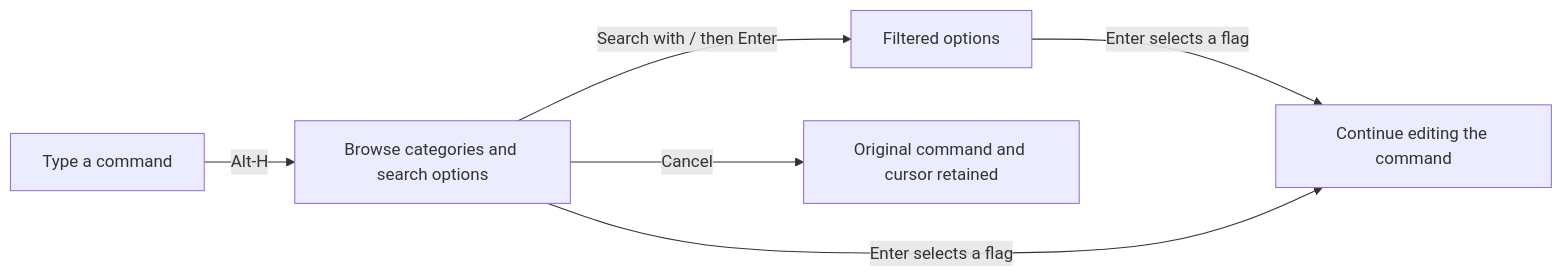
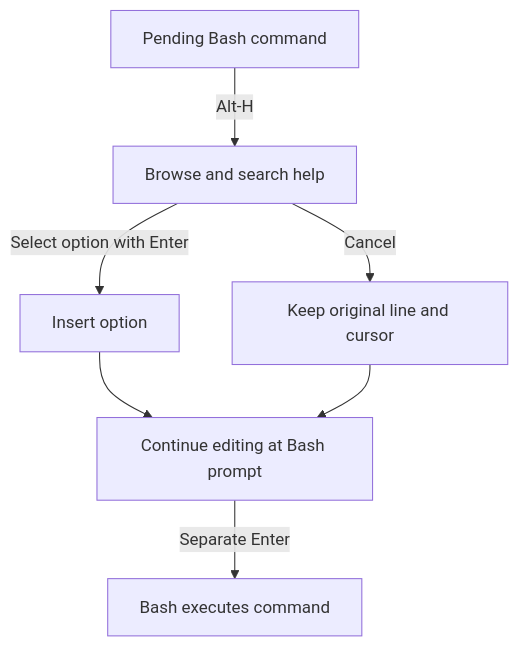
One commit to Usrnmna/CLI-InteractiveHelpMenu changed the diagram in README.md. Above: the diagram before and after it, drawn with Mermaid. The commit also changed other lines of this file and 17 other files, not shown here.

````diff
--- a/README.md
+++ b/README.md
@@ -38,8 +116,9 @@
 ```mermaid
-flowchart LR
-    A[Type a command] -->|Alt-H| B[Browse categories and search options]
-    B -->|Search with / then Enter| F[Filtered options]
-    F -->|Enter selects a flag| C[Continue editing the command]
-    B -->|Enter selects a flag| C
-    B -->|Cancel| D[Original command and cursor retained]
+flowchart TD
+    A[Pending Bash command] -->|Alt-H| B[Browse and search help]
+    B -->|Select option with Enter| C[Insert option]
+    B -->|Cancel| D[Keep original line and cursor]
+    C --> E[Continue editing at Bash prompt]
+    D --> E
+    E -->|Separate Enter| F[Bash executes command]
 ```
````
